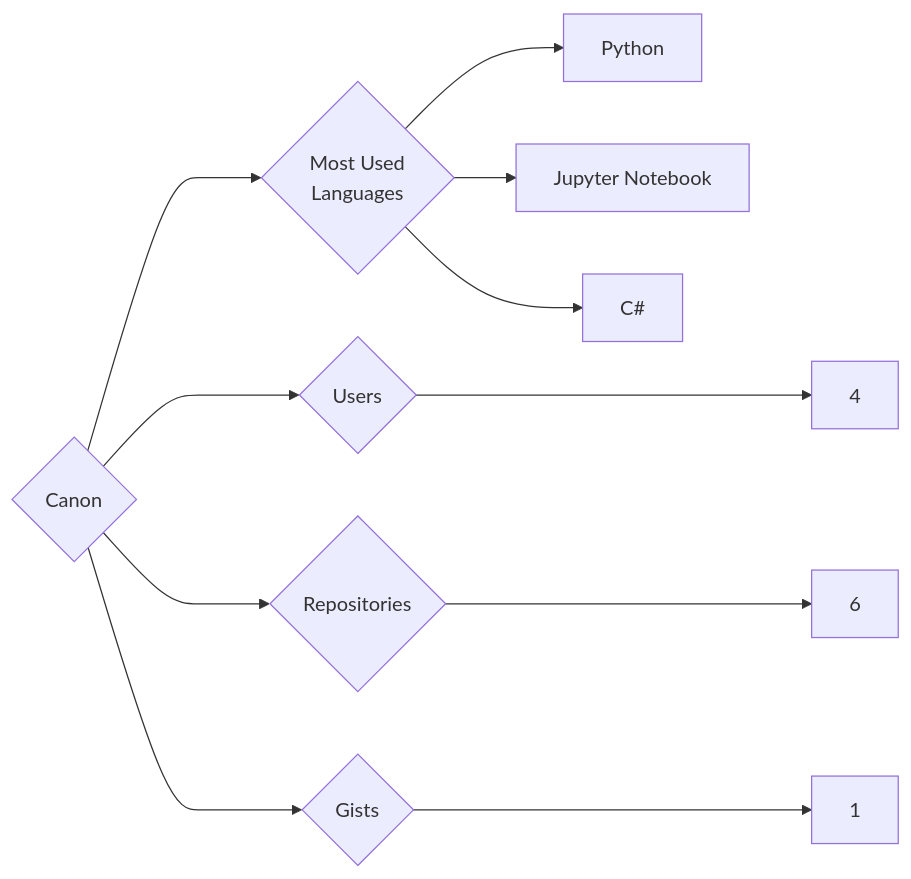
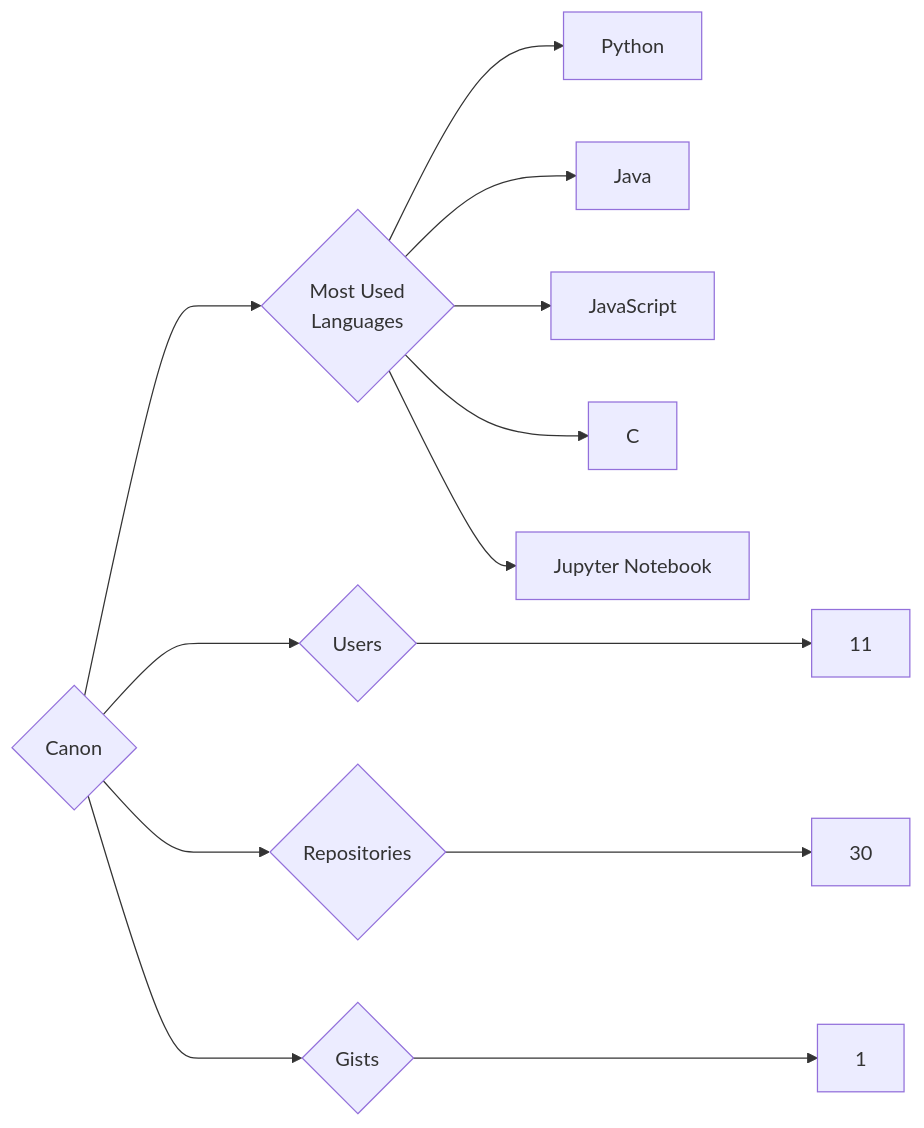
One commit to trickest/insiders changed the diagram in targets/Canon/README.md. Above: the diagram before and after it, drawn with Mermaid. The commit also changed 914 other files, not shown here.

````diff
--- a/targets/Canon/README.md
+++ b/targets/Canon/README.md
@@ -3,11 +3,13 @@
 ```mermaid
 graph LR
 COMPANY_NAME{Canon}
-COMPANY_NAME ---> U{Users} ---> UN[4]
-COMPANY_NAME ---> R{Repositories} ---> RN[6]
+COMPANY_NAME ---> U{Users} ---> UN[11]
+COMPANY_NAME ---> R{Repositories} ---> RN[30]
 COMPANY_NAME ---> G{Gists} ---> GN[1]
 COMPANY_NAME ---> ML{Most Used<br>Languages}
 ML --> Python[Python]
+ML --> Java[Java]
+ML --> JavaScript[JavaScript]
+ML --> C[C]
 ML --> Jupyter_Notebook[Jupyter Notebook]
-ML --> C#[C#]
 ```
````
